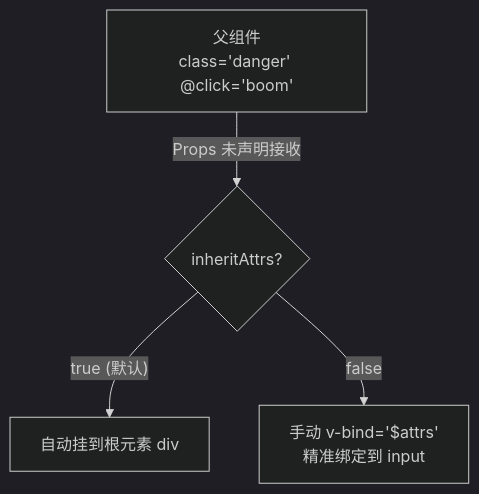
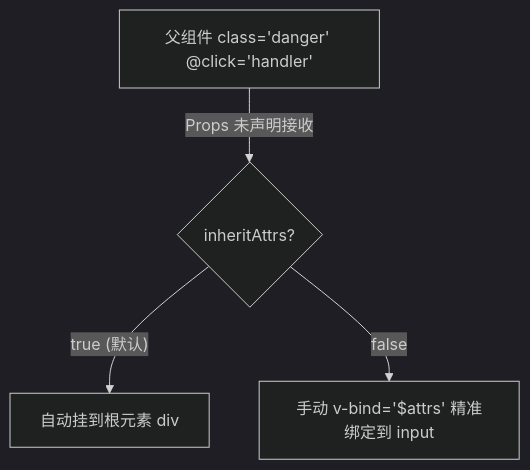
Before and after one commit to briefness/LZYBlog: the second of 2 diagrams in docs/posts/Vue3/03_Component_Deep_Dive.md, drawn with Mermaid (dark theme). The commit also changed other lines of this file and 19 other files, not shown here.

````diff
--- a/docs/posts/Vue3/03_Component_Deep_Dive.md
+++ b/docs/posts/Vue3/03_Component_Deep_Dive.md
@@ -56,7 +50,7 @@
 ```mermaid
 flowchart TB
-    Parent["父组件<br/>class='danger' @click='boom'"]
+    Parent["父组件 class='danger' @click='handler'"]
     Parent -->|"Props 未声明接收"| Auto{"inheritAttrs?"}
     Auto -->|"true (默认)"| Root["自动挂到根元素 div"]
-    Auto -->|"false"| Manual["手动 v-bind='$attrs'<br/>精准绑定到 input"]
+    Auto -->|"false"| Manual["手动 v-bind='$attrs' 精准绑定到 input"]
 ```
````
